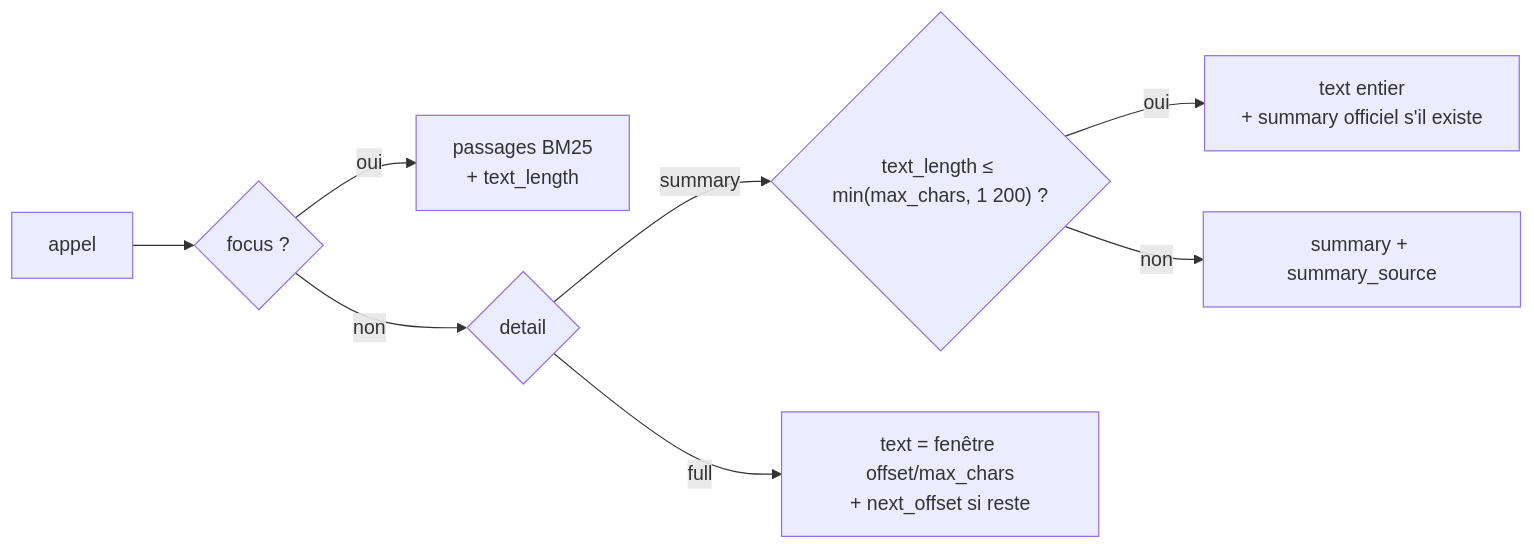
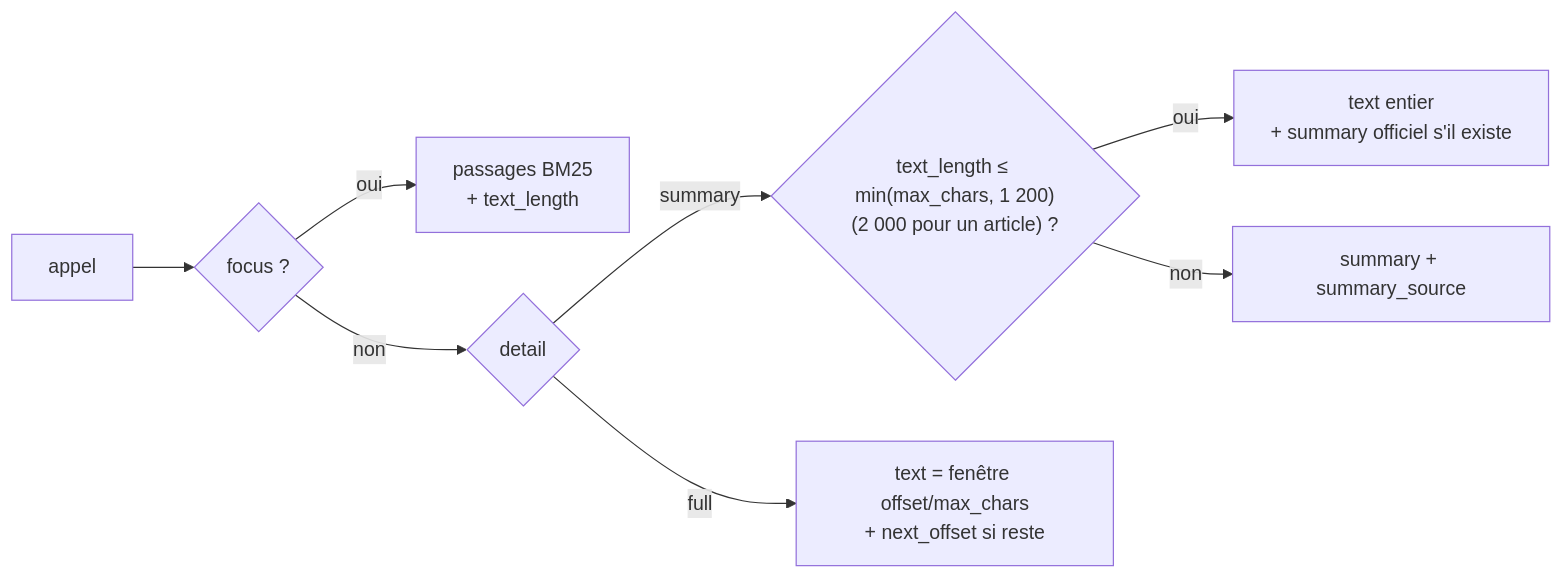
The diagram in docs/plan/05-outils-mcp.md (muchiny/mcp-legifrance), drawn with Mermaid before and after one commit. The commit also changed other lines of this file and 4 other files, not shown here.

````diff
--- a/docs/plan/05-outils-mcp.md
+++ b/docs/plan/05-outils-mcp.md
@@ -584,10 +585,10 @@
 ```mermaid
 flowchart LR
   A[appel] --> F{focus ?}
   F -- oui --> P[passages BM25<br/>+ text_length]
   F -- non --> D{detail}
-  D -- summary --> S{"text_length ≤ min(max_chars, 1 200) ?"}
+  D -- summary --> S{"text_length ≤ min(max_chars, 1 200)<br/>(2 000 pour un article) ?"}
   S -- oui --> T[text entier<br/>+ summary officiel s'il existe]
   S -- non --> R[summary + summary_source]
   D -- full --> W[text = fenêtre offset/max_chars<br/>+ next_offset si reste]
 ```
````
